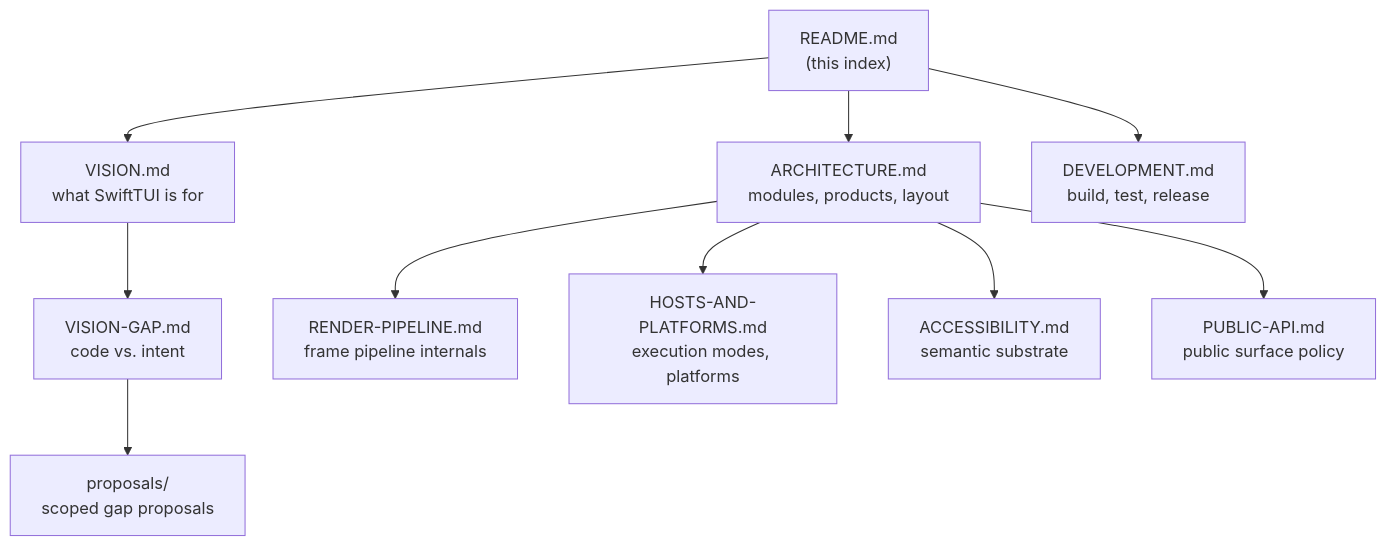
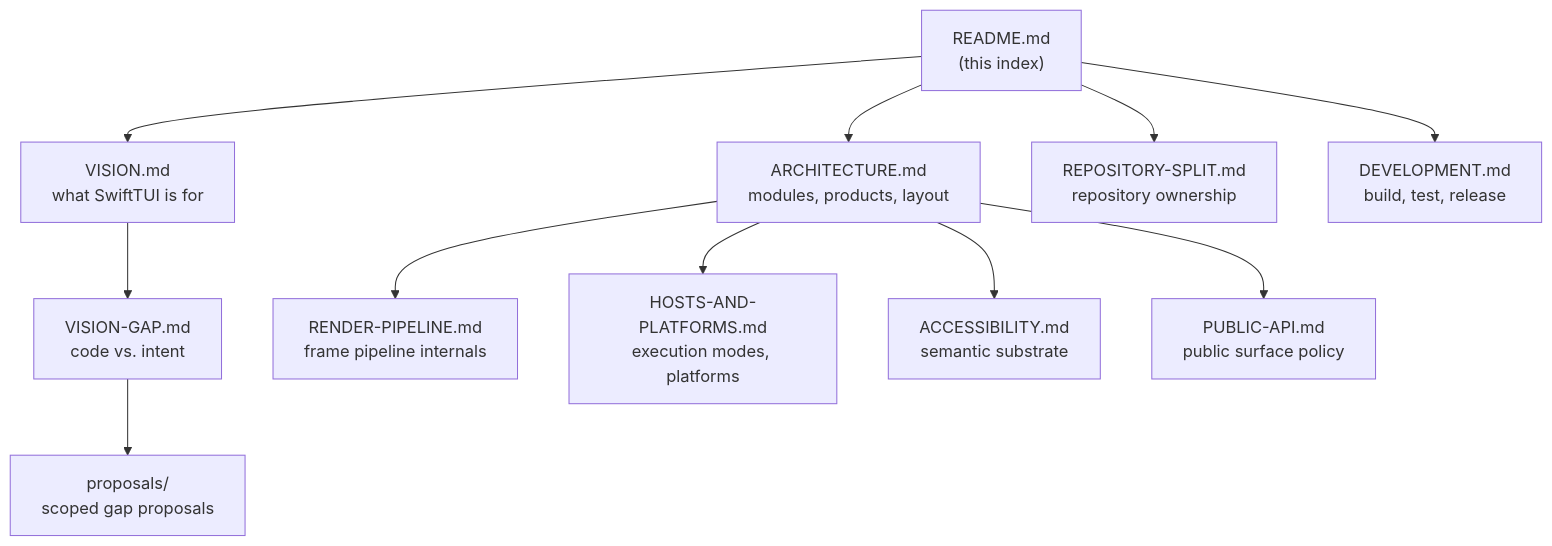
The diagram in docs/README.md (SwiftTUI/swift-tui), drawn with Mermaid before and after one commit. The commit also changed other lines of this file and 3 other files, not shown here.

Commit message:
docs: record repository split plan

````diff
--- a/docs/README.md
+++ b/docs/README.md
@@ -14,23 +14,25 @@
 ```mermaid
 flowchart TD
     README["README.md<br/>(this index)"]
     VISION["VISION.md<br/>what SwiftTUI is for"]
     GAP["VISION-GAP.md<br/>code vs. intent"]
     ARCH["ARCHITECTURE.md<br/>modules, products, layout"]
+    SPLIT["REPOSITORY-SPLIT.md<br/>repository ownership"]
     PIPE["RENDER-PIPELINE.md<br/>frame pipeline internals"]
     HOSTS["HOSTS-AND-PLATFORMS.md<br/>execution modes, platforms"]
     A11Y["ACCESSIBILITY.md<br/>semantic substrate"]
     API["PUBLIC-API.md<br/>public surface policy"]
     DEV["DEVELOPMENT.md<br/>build, test, release"]
     PROP["proposals/<br/>scoped gap proposals"]
 
     README --> VISION
     README --> ARCH
+    README --> SPLIT
     README --> DEV
     VISION --> GAP
     GAP --> PROP
     ARCH --> PIPE
     ARCH --> HOSTS
     ARCH --> A11Y
     ARCH --> API
 ```
````
